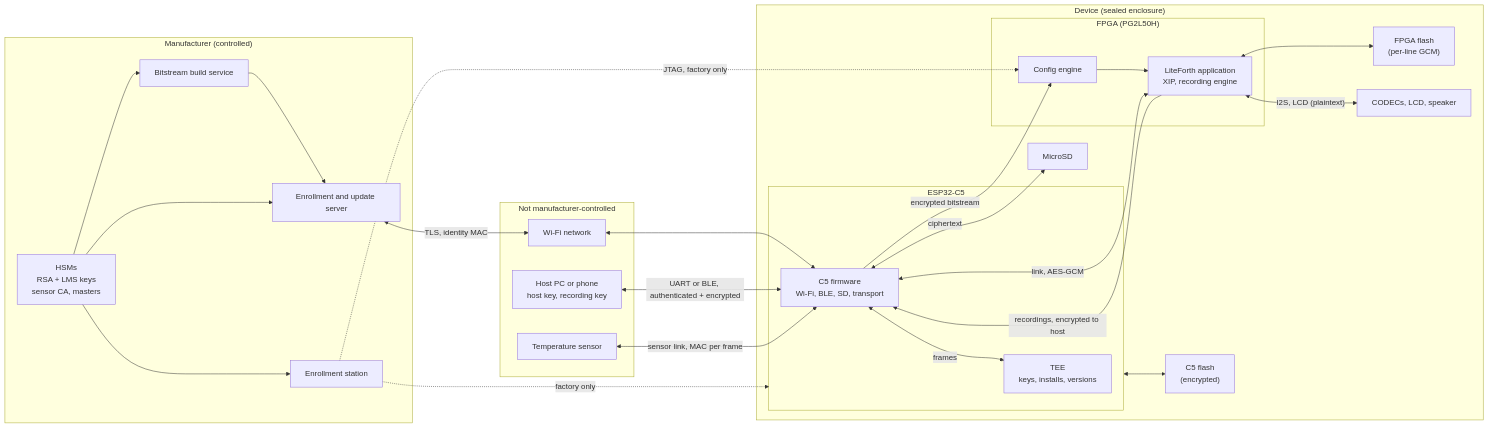
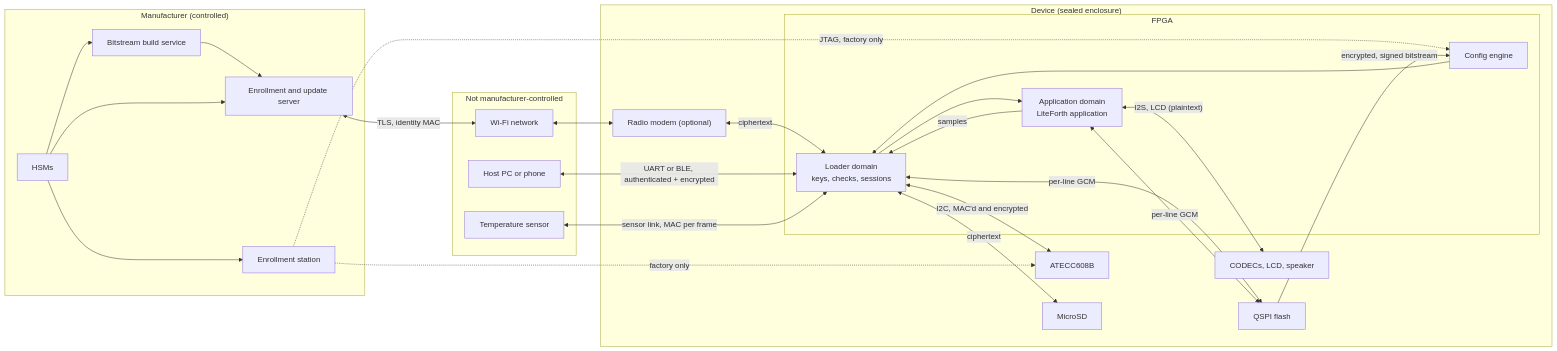
The diagram in doc/fda.md (bradleyeckert/thriller), drawn with Mermaid before and after one commit. The commit also changed other lines of this file and 22 other files, not shown here.

````diff
--- a/doc/fda.md
+++ b/doc/fda.md
@@ -55,44 +48,41 @@
 ```mermaid
 flowchart LR
   subgraph MFR["Manufacturer (controlled)"]
-    HSM["HSMs<br/>RSA + LMS keys<br/>sensor CA, masters"]
+    HSM["HSMs"]
     BLD["Bitstream build service"]
     SRV["Enrollment and update server"]
     MFG["Enrollment station"]
   end
   subgraph EXT["Not manufacturer-controlled"]
-    HOST["Host PC or phone<br/>host key, recording key"]
+    HOST["Host PC or phone"]
     SENS["Temperature sensor"]
     NET["Wi-Fi network"]
   end
   subgraph DEV["Device (sealed enclosure)"]
-    subgraph C5["ESP32-C5"]
-      TEE["TEE<br/>keys, installs, versions"]
-      FW["C5 firmware<br/>Wi-Fi, BLE, SD, transport"]
+    subgraph FPGA["FPGA"]
+      CFG["Config engine"]
+      LDR["Loader domain<br/>keys, checks, sessions"]
+      APP["Application domain<br/>LiteForth application"]
     end
-    subgraph FPGA["FPGA (PG2L50H)"]
-      CFG["Config engine"]
-      APP["LiteForth application<br/>XIP, recording engine"]
-    end
-    CFL["C5 flash<br/>(encrypted)"]
-    FFL["FPGA flash<br/>(per-line GCM)"]
+    SE["ATECC608B"]
+    FL["QSPI flash"]
     SD["MicroSD"]
+    MDM["Radio modem (optional)"]
     COD["CODECs, LCD, speaker"]
   end
   HSM --> BLD --> SRV
   HSM --> SRV
   HSM --> MFG
-  SRV <-->|"TLS, identity MAC"| NET <--> FW
-  HOST <-->|"UART or BLE, authenticated + encrypted"| FW
-  SENS <-->|"sensor link, MAC per frame"| FW
-  FW <-->|"frames"| TEE
-  MFG -.->|"factory only"| C5
+  SRV <-->|"TLS, identity MAC"| NET <--> MDM <-->|"ciphertext"| LDR
+  HOST <-->|"UART or BLE, authenticated + encrypted"| LDR
+  SENS <-->|"sensor link, MAC per frame"| LDR
+  MFG -.->|"factory only"| SE
   MFG -.->|"JTAG, factory only"| CFG
-  C5 <--> CFL
-  FW -->|"encrypted bitstream"| CFG --> APP
-  FW <-->|"link, AES-GCM"| APP
-  APP -->|"recordings, encrypted to host"| FW
-  APP <--> FFL
+  FL -->|"encrypted, signed bitstream"| CFG --> LDR --> APP
+  LDR <-->|"I2C, MAC'd and encrypted"| SE
+  LDR <-->|"per-line GCM"| FL
+  APP <-->|"per-line GCM"| FL
   APP <-->|"I2S, LCD (plaintext)"| COD
-  FW <-->|"ciphertext"| SD
+  APP -->|"samples"| LDR
+  LDR <-->|"ciphertext"| SD
 ```
````
